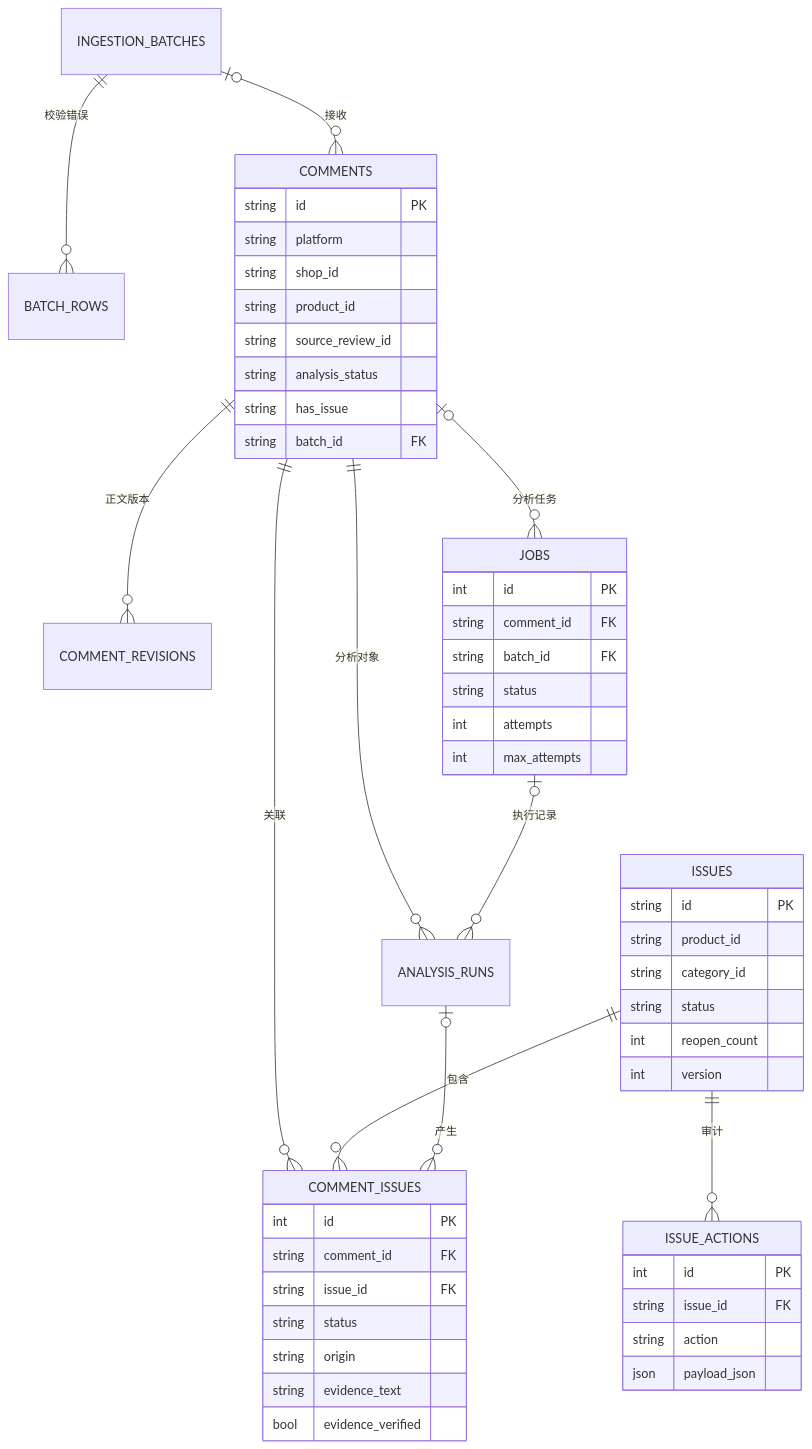
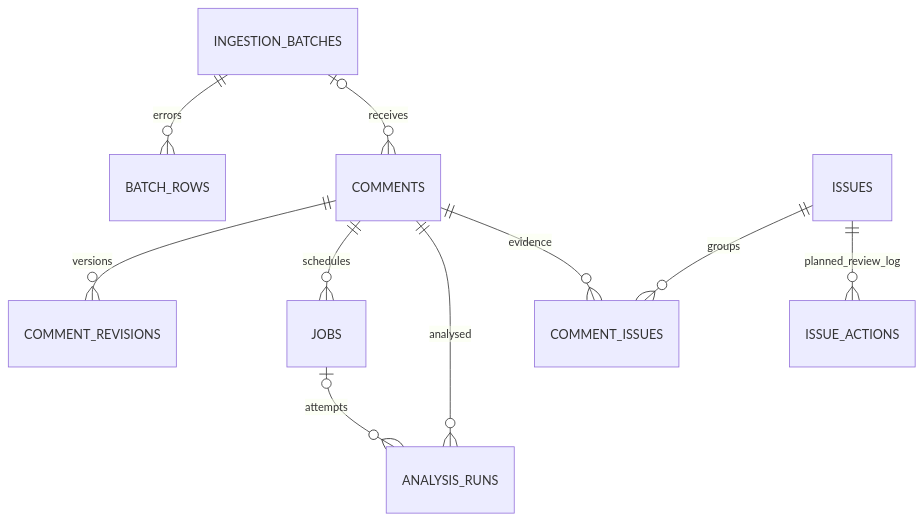
One commit to Fei-stack-wq/maie6000c-PRI changed the second of 6 diagrams in docs/architecture.md. Above: the diagram before and after it, drawn with Mermaid. The commit also changed other lines of this file and 41 other files, not shown here.

````diff
--- a/docs/architecture.md
+++ b/docs/architecture.md
@@ -181,55 +77,12 @@
 ```mermaid
 erDiagram
-    INGESTION_BATCHES ||--o{ BATCH_ROWS : "校验错误"
-    INGESTION_BATCHES |o--o{ COMMENTS : "接收"
-    COMMENTS ||--o{ COMMENT_REVISIONS : "正文版本"
-    COMMENTS |o--o{ JOBS : "分析任务"
-    COMMENTS ||--o{ ANALYSIS_RUNS : "分析对象"
-    JOBS |o--o{ ANALYSIS_RUNS : "执行记录"
-    COMMENTS ||--o{ COMMENT_ISSUES : "关联"
-    ISSUES ||--o{ COMMENT_ISSUES : "包含"
-    ANALYSIS_RUNS |o--o{ COMMENT_ISSUES : "产生"
-    ISSUES ||--o{ ISSUE_ACTIONS : "审计"
-
-    COMMENTS {
-        string id PK
-        string platform
-        string shop_id
-        string product_id
-        string source_review_id
-        string analysis_status
-        string has_issue
-        string batch_id FK
-    }
-    ISSUES {
-        string id PK
-        string product_id
-        string category_id
-        string status
-        int reopen_count
-        int version
-    }
-    COMMENT_ISSUES {
-        int id PK
-        string comment_id FK
-        string issue_id FK
-        string status
-        string origin
-        string evidence_text
-        bool evidence_verified
-    }
-    ISSUE_ACTIONS {
-        int id PK
-        string issue_id FK
-        string action
-        json payload_json
-    }
-    JOBS {
-        int id PK
-        string comment_id FK
-        string batch_id FK
-        string status
-        int attempts
-        int max_attempts
-    }
+    INGESTION_BATCHES ||--o{ BATCH_ROWS : errors
+    INGESTION_BATCHES |o--o{ COMMENTS : receives
+    COMMENTS ||--o{ COMMENT_REVISIONS : versions
+    COMMENTS ||--o{ JOBS : schedules
+    JOBS |o--o{ ANALYSIS_RUNS : attempts
+    COMMENTS ||--o{ ANALYSIS_RUNS : analysed
+    COMMENTS ||--o{ COMMENT_ISSUES : evidence
+    ISSUES ||--o{ COMMENT_ISSUES : groups
+    ISSUES ||--o{ ISSUE_ACTIONS : planned_review_log
 ```
````
